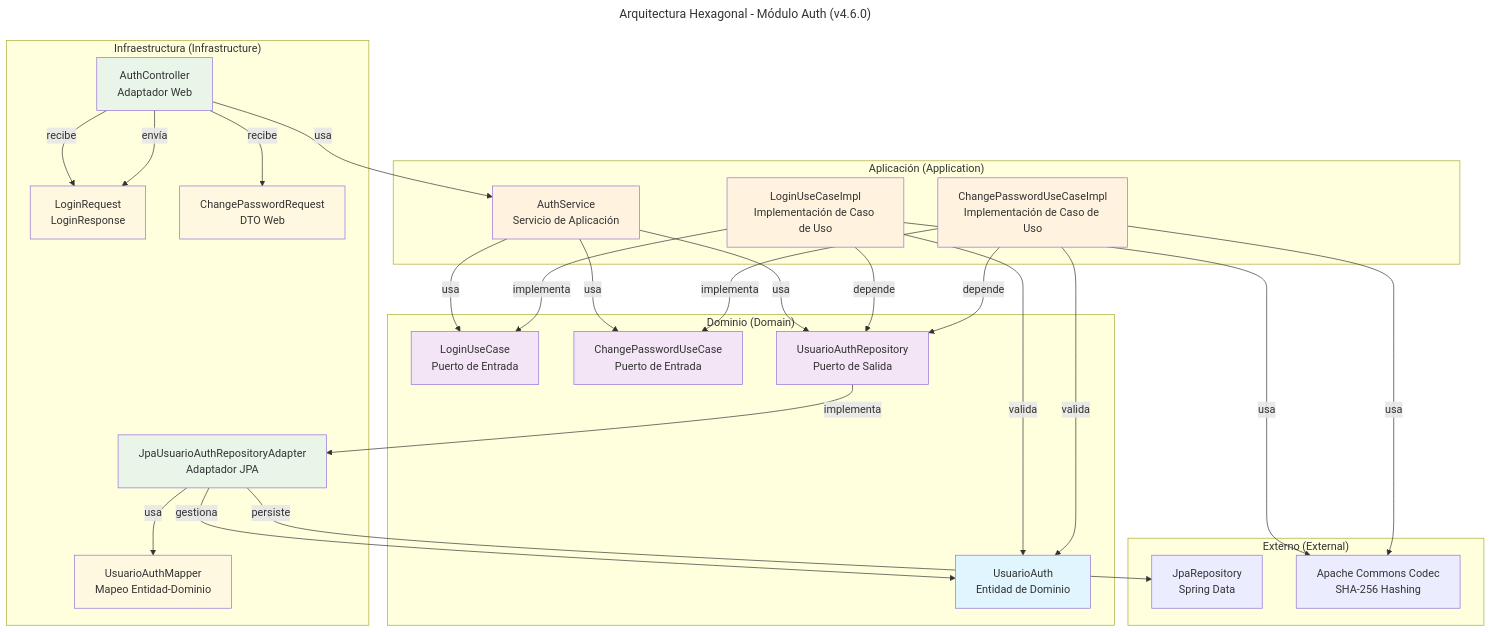
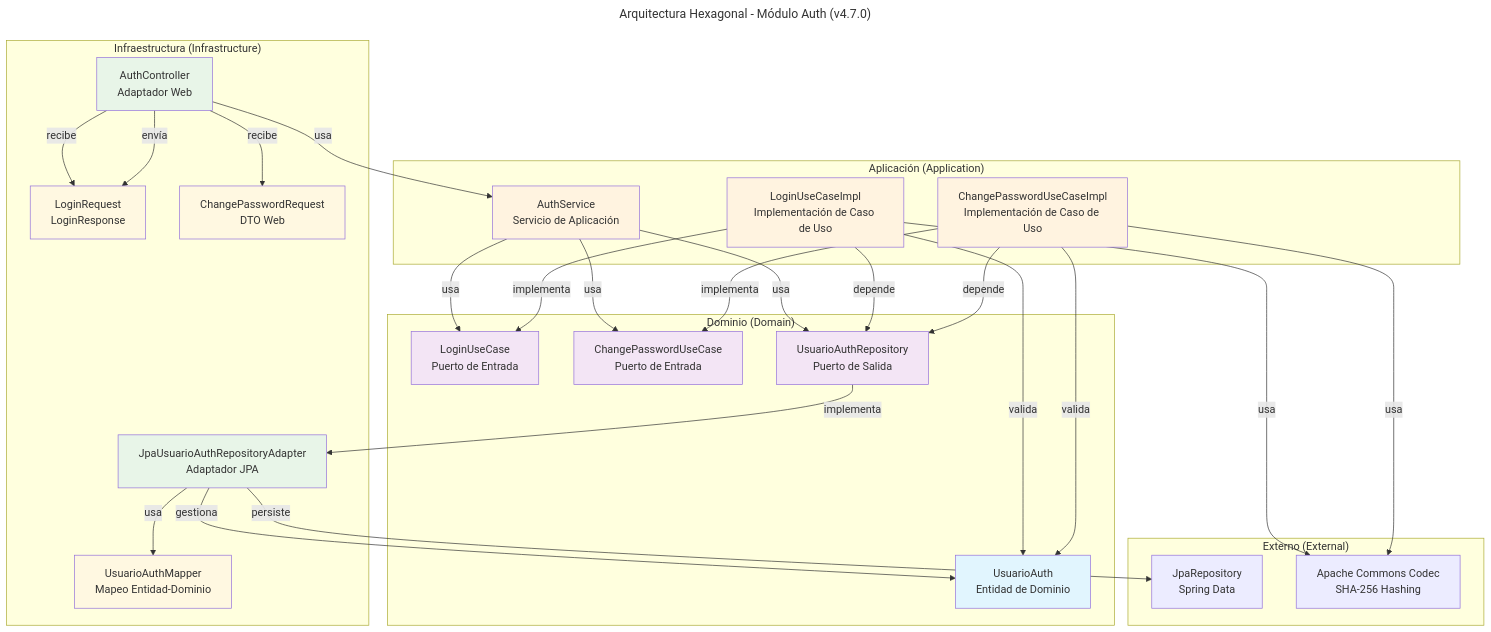
Before and after one commit to UM-services/UM.tesoreria.core-service: the diagram in docs/hexagonal-auth.mmd, drawn with Mermaid. The commit also changed 11 other files, not shown here.

```diff
--- a/docs/hexagonal-auth.mmd
+++ b/docs/hexagonal-auth.mmd
@@ -1,67 +1,67 @@
 ---
-title: Arquitectura Hexagonal - Módulo Auth (v4.6.0)
+title: Arquitectura Hexagonal - Módulo Auth (v4.7.0)
 ---
 flowchart TD
     subgraph Dominio ["Dominio (Domain)"]
         UA[UsuarioAuth<br/>Entidad de Dominio]
         LUC[LoginUseCase<br/>Puerto de Entrada]
         CPUC[ChangePasswordUseCase<br/>Puerto de Entrada]
         UAR[UsuarioAuthRepository<br/>Puerto de Salida]
     end
 
     subgraph Aplicacion ["Aplicación (Application)"]
         AS[AuthService<br/>Servicio de Aplicación]
         LUCImpl[LoginUseCaseImpl<br/>Implementación de Caso de Uso]
         CPI[ChangePasswordUseCaseImpl<br/>Implementación de Caso de Uso]
     end
 
     subgraph Infraestructura ["Infraestructura (Infrastructure)"]
         AC[AuthController<br/>Adaptador Web]
         JPA[JpaUsuarioAuthRepositoryAdapter<br/>Adaptador JPA]
         MAP[UsuarioAuthMapper<br/>Mapeo Entidad-Dominio]
         DTO[LoginRequest<br/>LoginResponse]
         DTO2[ChangePasswordRequest<br/>DTO Web]
     end
 
     subgraph Externo ["Externo (External)"]
         JPAR[JpaRepository<br/>Spring Data]
         HASH[Apache Commons Codec<br/>SHA-256 Hashing]
     end
 
     %% Flujo de Dependencias
     AC -->|usa| AS
     AS -->|usa| LUC
     AS -->|usa| CPUC
     AS -->|usa| UAR
     
     LUCImpl -->|implementa| LUC
     LUCImpl -->|depende| UAR
     LUCImpl -->|usa| HASH
     LUCImpl -->|valida| UA
 
     CPI -->|implementa| CPUC
     CPI -->|depende| UAR
     CPI -->|usa| HASH
     CPI -->|valida| UA
     
     UAR -->|implementa| JPA
     JPA -->|usa| MAP
     JPA -->|persiste| JPAR
     JPA -->|gestiona| UA
 
     AC -->|recibe| DTO
     AC -->|envía| DTO
     AC -->|recibe| DTO2
 
     style UA fill:#e1f5fe
     style LUC fill:#f3e5f5
     style CPUC fill:#f3e5f5
     style UAR fill:#f3e5f5
     style AS fill:#fff3e0
     style LUCImpl fill:#fff3e0
     style CPI fill:#fff3e0
     style AC fill:#e8f5e8
     style JPA fill:#e8f5e8
     style MAP fill:#fff8e1
     style DTO fill:#fff8e1
     style DTO2 fill:#fff8e1
```
